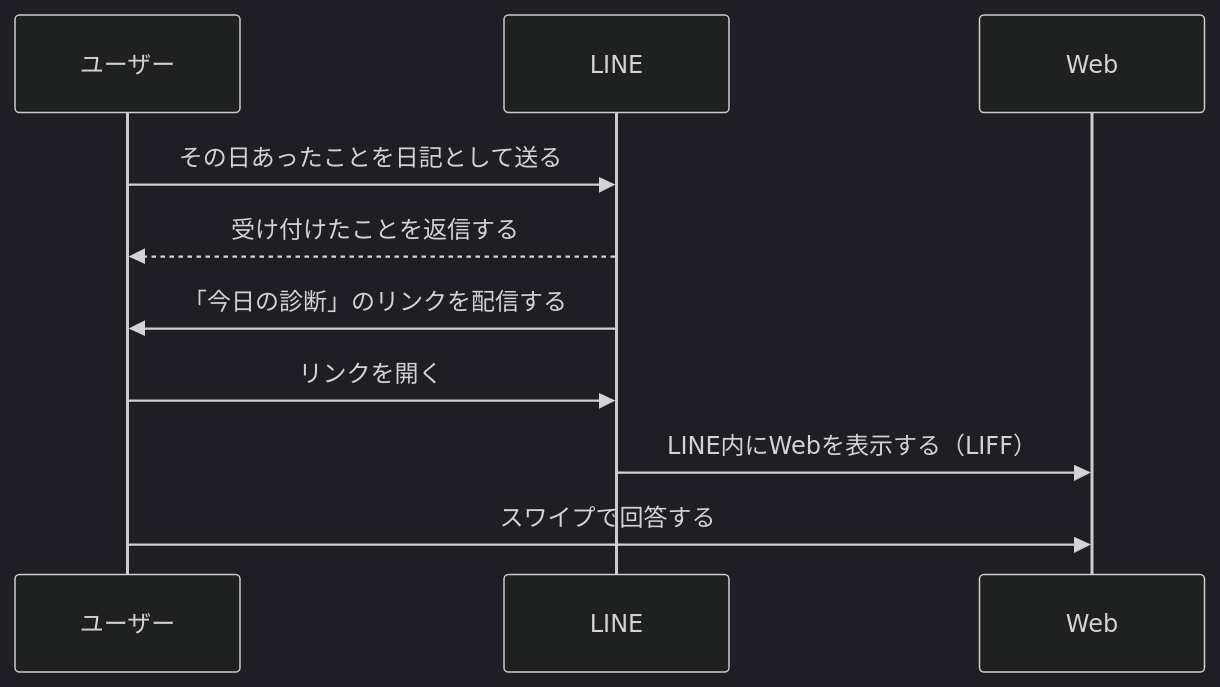
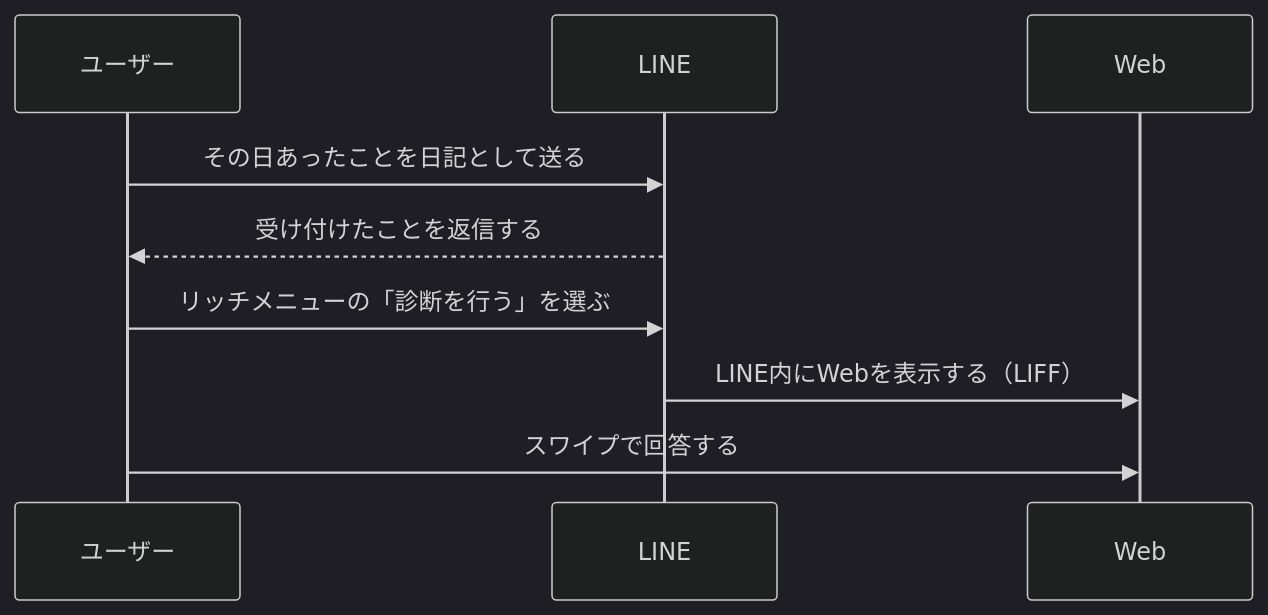
The second of 3 diagrams in docs/product/project-overview.md (kkyosuke/me-builder), drawn with Mermaid (dark theme) before and after one commit. The commit also changed 7 other files, not shown here.

````diff
--- a/docs/product/project-overview.md
+++ b/docs/product/project-overview.md
@@ -111,12 +111,11 @@
 ```mermaid
 sequenceDiagram
     participant U as ユーザー
     participant L as LINE
     participant W as Web
     U->>L: その日あったことを日記として送る
     L-->>U: 受け付けたことを返信する
-    L->>U: 「今日の診断」のリンクを配信する
-    U->>L: リンクを開く
+    U->>L: リッチメニューの「診断を行う」を選ぶ
     L->>W: LINE内にWebを表示する（LIFF）
     U->>W: スワイプで回答する
 ```
````
